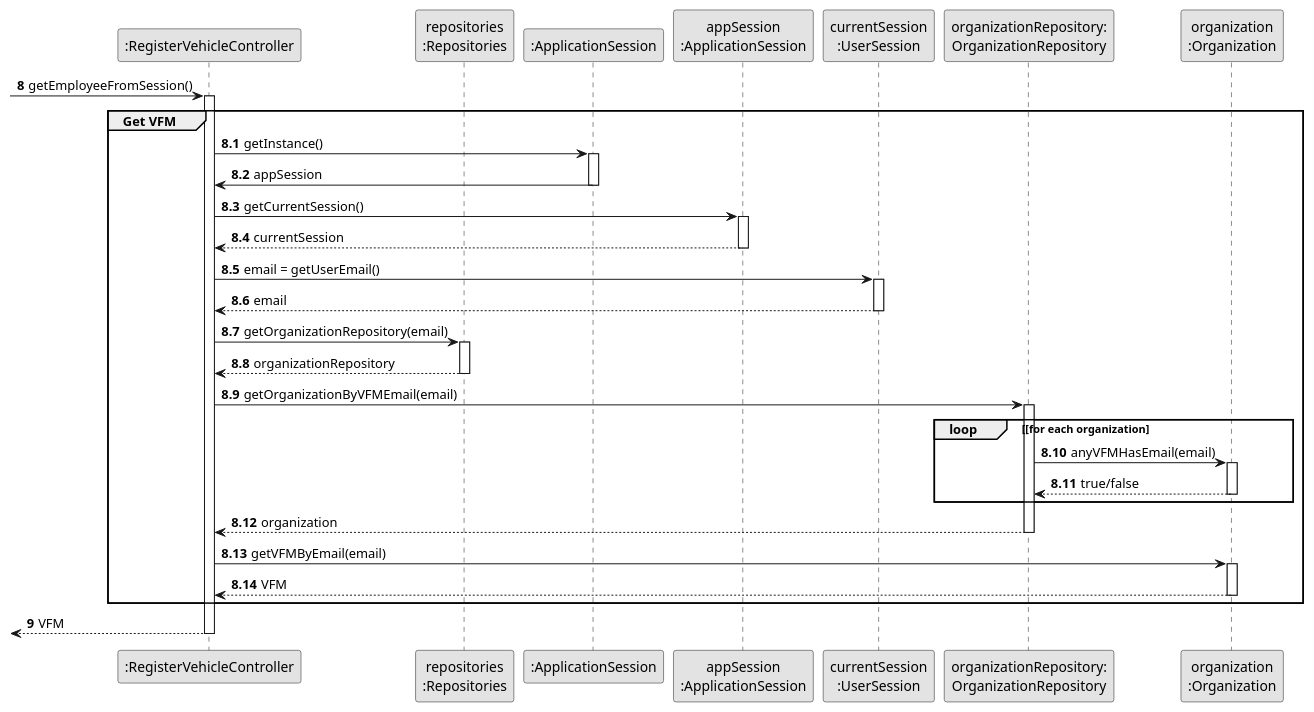
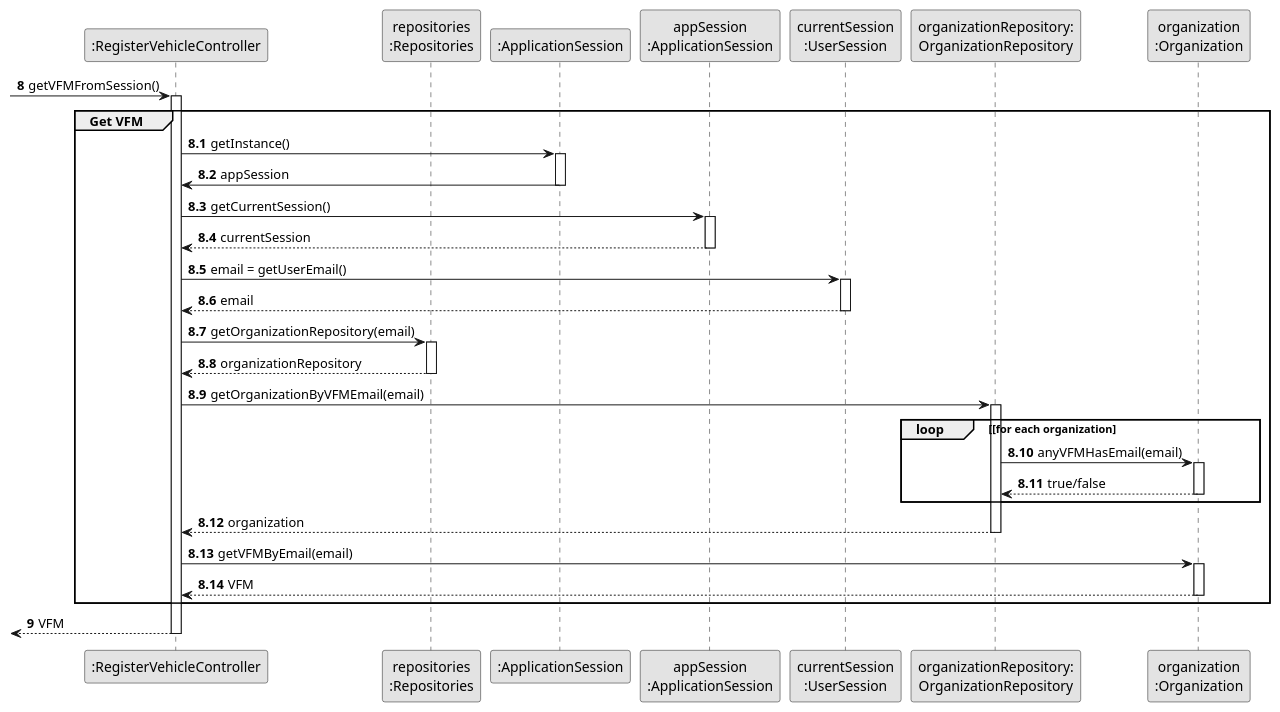
The diagram in docs/sprint2/us006/03.design/puml/us006-sequence-diagram-partial-get-VFM.puml (tiagosoa/lei-24-s2-1dgh-g073), drawn with PlantUML before and after one commit. The commit also changed 6 other files, not shown here.

```diff
--- a/docs/sprint2/us006/03.design/puml/us006-sequence-diagram-partial-get-VFM.puml
+++ b/docs/sprint2/us006/03.design/puml/us006-sequence-diagram-partial-get-VFM.puml
@@ -1,72 +1,72 @@
 @startuml
 skinparam monochrome true
 skinparam packageStyle rectangle
 skinparam shadowing false
 
 
 
 'hide footbox
 participant ":RegisterVehicleController" as RVC
 participant "repositories\n:Repositories" as PLAT
 participant ":ApplicationSession" as _APP
 participant "appSession\n:ApplicationSession" as APP
 participant "currentSession\n:UserSession" as SESSAO
 participant "organizationRepository:\nOrganizationRepository" as OrganizationRepository
 participant "organization\n:Organization" as ORG
 autonumber 8
--> RVC : getEmployeeFromSession()
+-> RVC : getVFMFromSession()
 autonumber 8.1
  activate RVC
 
     group Get VFM
 
         RVC -> _APP: getInstance()
         activate _APP
            _APP -> RVC: appSession
         deactivate _APP
 
 
         RVC -> APP: getCurrentSession()
         activate APP
 
            APP --> RVC: currentSession
         deactivate APP
 
         RVC -> SESSAO: email = getUserEmail()
          activate SESSAO
 
             SESSAO --> RVC: email
          deactivate SESSAO
 
 
          RVC -> PLAT: getOrganizationRepository(email)
           activate PLAT
 
              PLAT --> RVC: organizationRepository
           deactivate PLAT
 
 
           RVC -> OrganizationRepository: getOrganizationByVFMEmail(email)
           activate OrganizationRepository
 
               loop [for each organization
                   OrganizationRepository -> ORG : anyVFMHasEmail(email)
                   activate ORG
 
                       ORG --> OrganizationRepository : true/false
                   deactivate ORG
               end
           OrganizationRepository --> RVC : organization
           deactivate OrganizationRepository
 
           RVC -> ORG: getVFMByEmail(email)
           activate ORG
 
              ORG --> RVC : VFM
           deactivate ORG
     end
     autonumber 9
     <-- RVC : VFM
  deactivate RVC
 
 @enduml
```
